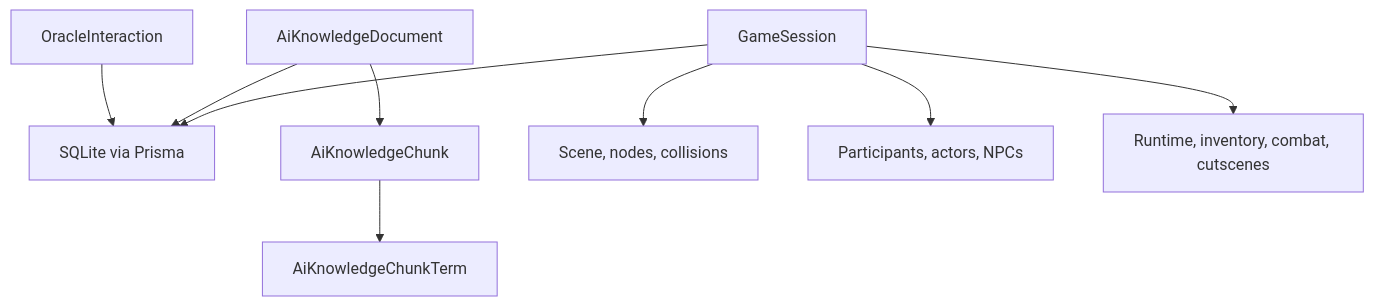
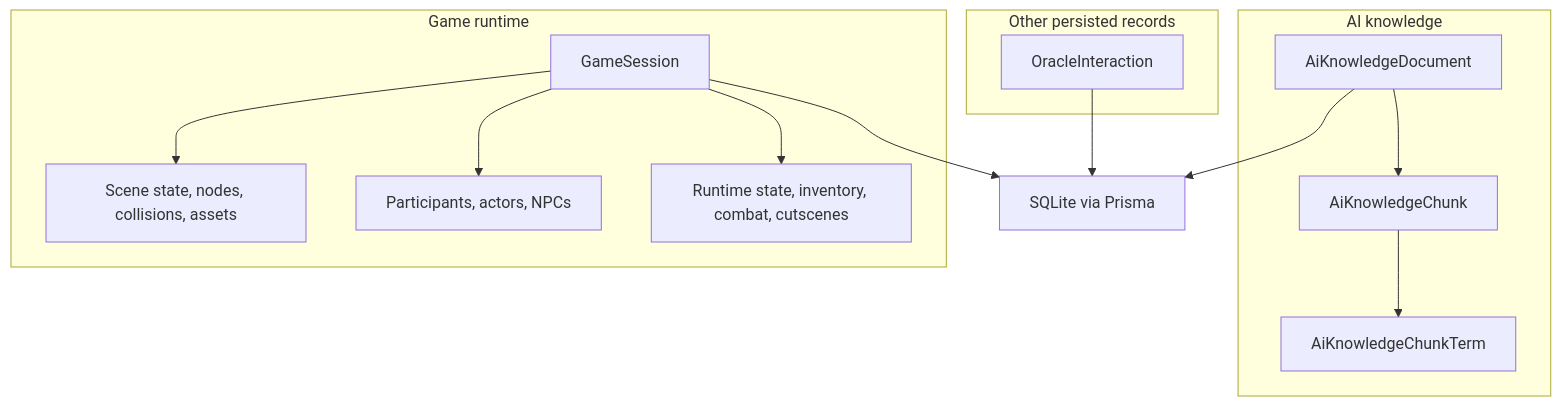
One commit to d4551/tea changed the fourth of 5 diagrams in README.md. Above: the diagram before and after it, drawn with Mermaid. The commit also changed other lines of this file and 1 other file, not shown here.

First line of the commit message:
Enhance README with overview, badges, and diagrams

````diff
--- a/README.md
+++ b/README.md
@@ -138,11 +221,27 @@
 ```mermaid
 flowchart TD
-  Oracle["OracleInteraction"] --> DB["SQLite via Prisma"]
-  Docs["AiKnowledgeDocument"] --> Chunks["AiKnowledgeChunk"]
-  Chunks --> Terms["AiKnowledgeChunkTerm"]
-  Session["GameSession"] --> Scene["Scene, nodes, collisions"]
-  Session --> Actors["Participants, actors, NPCs"]
-  Session --> Runtime["Runtime, inventory, combat, cutscenes"]
-  Docs --> DB
+  subgraph Knowledge [AI knowledge]
+    Doc["AiKnowledgeDocument"]
+    Chunk["AiKnowledgeChunk"]
+    Term["AiKnowledgeChunkTerm"]
+    Doc --> Chunk --> Term
+  end
+
+  subgraph Runtime [Game runtime]
+    Session["GameSession"]
+    Scene["Scene state, nodes, collisions, assets"]
+    Actors["Participants, actors, NPCs"]
+    Play["Runtime state, inventory, combat, cutscenes"]
+    Session --> Scene
+    Session --> Actors
+    Session --> Play
+  end
+
+  subgraph Utility [Other persisted records]
+    Oracle["OracleInteraction"]
+  end
+
+  Doc --> DB["SQLite via Prisma"]
   Session --> DB
+  Oracle --> DB
 ```
````
